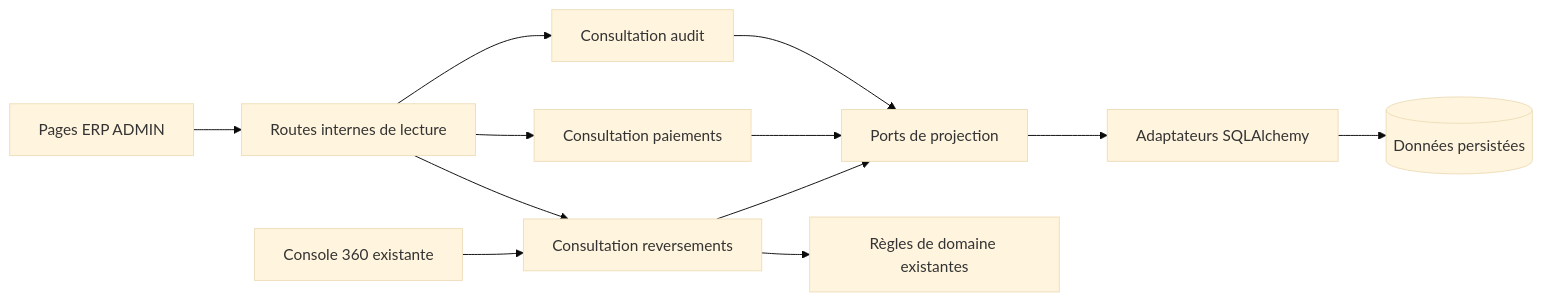
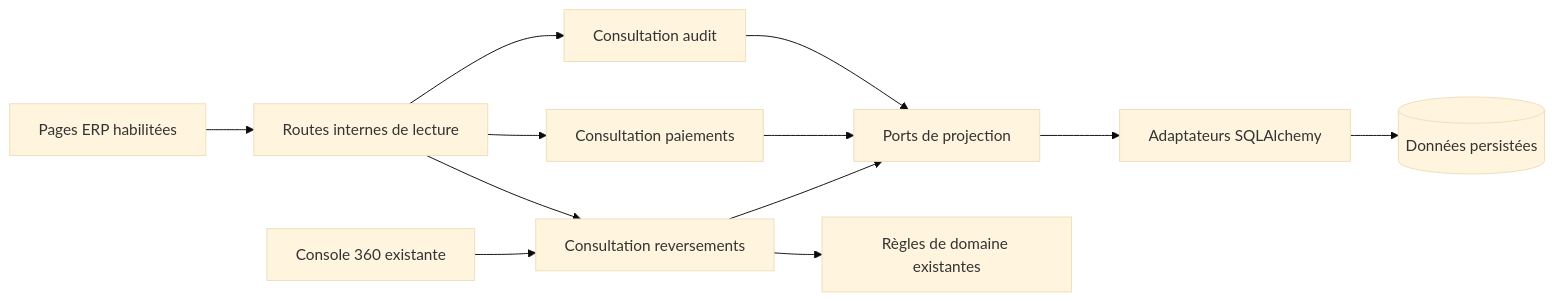
One commit to contactlocaleo/localeo-projet changed the diagram in docs/specifications/epic-65-vues-erp/architecture-contrats.md. Above: the diagram before and after it, drawn with Mermaid (base theme). The commit also changed other lines of this file and 14 other files, not shown here.

````diff
--- a/docs/specifications/epic-65-vues-erp/architecture-contrats.md
+++ b/docs/specifications/epic-65-vues-erp/architecture-contrats.md
@@ -26,14 +32,14 @@
 ```mermaid
 flowchart LR
-  ERP[Pages ERP ADMIN] --> API[Routes internes de lecture]
+  ERP[Pages ERP habilitées] --> API[Routes internes de lecture]
   API --> Audit[Consultation audit]
   API --> Achats[Consultation paiements]
   API --> Finance[Consultation reversements]
   Ancien[Console 360 existante] --> Finance
   Audit --> Ports[Ports de projection]
   Achats --> Ports
   Finance --> Ports
   Finance --> Domaine[Règles de domaine existantes]
   Ports --> SQL[Adaptateurs SQLAlchemy]
   SQL --> DB[(Données persistées)]
 ```
````
